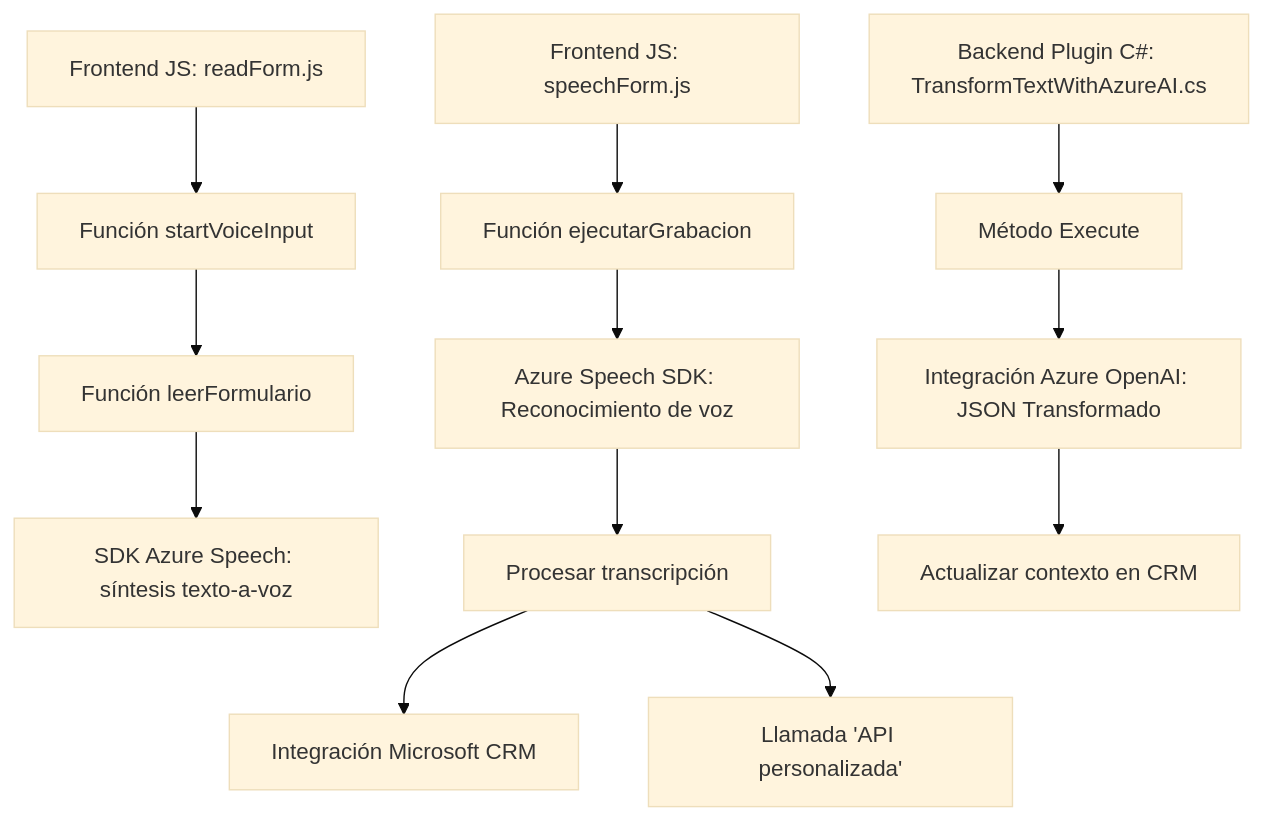
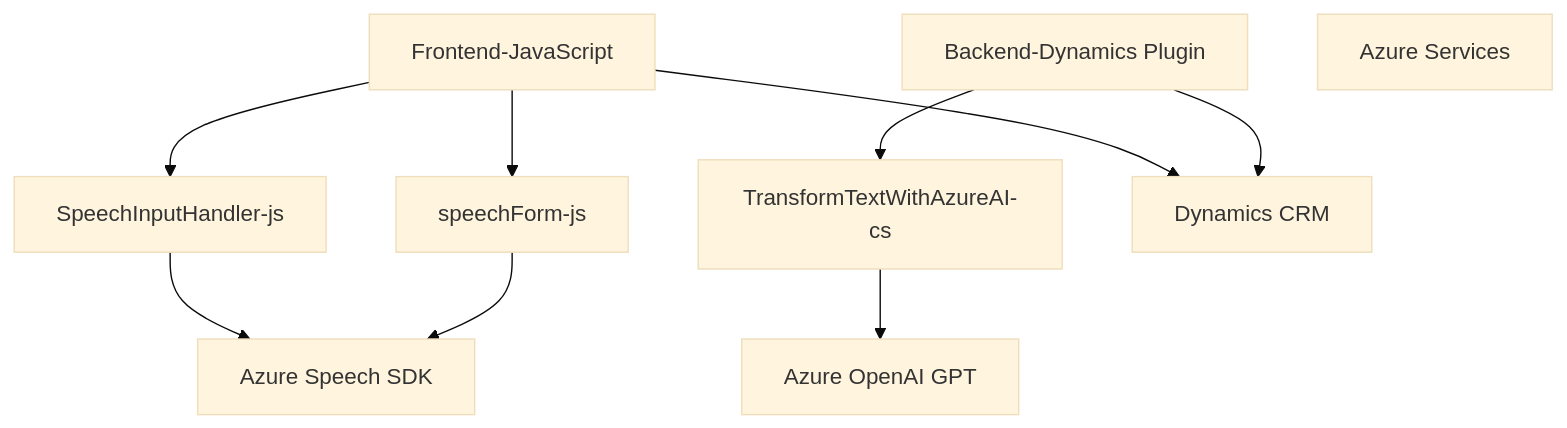
The diagram in README.md (blopezdm/NETCORE_BILBAO2025), drawn with Mermaid (base theme) before and after one commit. The commit also changed other lines of this file, not shown here.

Commit message:
Actualizar análisis global de la solución con IA

````diff
--- a/README.md
+++ b/README.md
@@ -19,16 +35,23 @@
 ```mermaid
 graph TD
-    A["Frontend JS: readForm.js"] --> B["Función startVoiceInput"]
-    B --> C["Función leerFormulario"]
-    C --> D["SDK Azure Speech: síntesis texto-a-voz"]
-
-    A2["Frontend JS: speechForm.js"] --> E["Función ejecutarGrabacion"]
-    E --> F["Azure Speech SDK: Reconocimiento de voz"]
-    F --> G["Procesar transcripción"]
-    G --> H["Integración Microsoft CRM"]
-    G --> I["Llamada 'API personalizada'"]
-
-    K["Backend Plugin C#: TransformTextWithAzureAI.cs"] --> L["Método Execute"]
-    L --> M["Integración Azure OpenAI: JSON Transformado"]
-    M --> N["Actualizar contexto en CRM"]
+  A["Frontend-JavaScript"]
+  A1["SpeechInputHandler-js"]
+  A2["speechForm-js"]
+  A --> A1
+  A --> A2
+  
+  B["Backend-Dynamics Plugin"]
+  B1["TransformTextWithAzureAI-cs"]
+  B --> B1
+  
+  C["Azure Services"]
+  C1["Azure Speech SDK"]
+  C2["Azure OpenAI GPT"]
+  A1 --> C1
+  A2 --> C1
+  B1 --> C2
+  
+  D["Dynamics CRM"]
+  A --> D
+  B --> D
 ```
````
